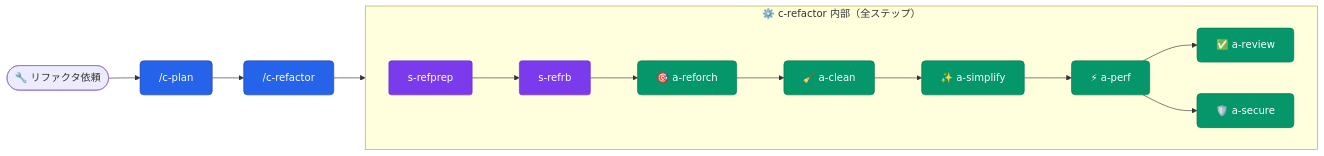
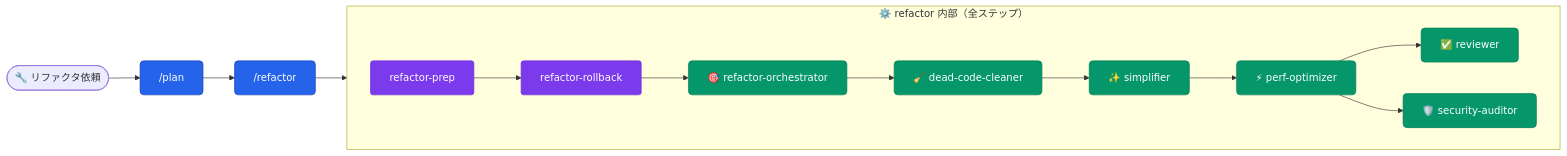
One commit to aokumablue/claq changed the third of 12 diagrams in plugins/deepblue/README.md. Above: the diagram before and after it, drawn with Mermaid. The commit also changed other lines of this file and 125 other files, not shown here.

````diff
--- a/plugins/deepblue/README.md
+++ b/plugins/deepblue/README.md
@@ -91,22 +91,22 @@
 ```mermaid
 flowchart LR
   classDef cmd    fill:#2563eb,stroke:#1e40af,color:#fff,rx:6
   classDef agent  fill:#059669,stroke:#047857,color:#fff,rx:6
   classDef skill  fill:#7c3aed,stroke:#6d28d9,color:#fff,rx:4
 
-  U(["🔧 リファクタ依頼"]) --> CP["/c-plan"]:::cmd
-  CP --> CREF["/c-refactor"]:::cmd
+  U(["🔧 リファクタ依頼"]) --> CP["/plan"]:::cmd
+  CP --> CREF["/refactor"]:::cmd
 
-  subgraph refactor["⚙️ c-refactor 内部（全ステップ）"]
+  subgraph refactor["⚙️ refactor 内部（全ステップ）"]
     direction LR
-    SP["s-refprep"]:::skill --> RB["s-refrb"]:::skill
-    RB --> RO["🎯 a-reforch"]:::agent
-    RO --> AC["🧹 a-clean"]:::agent
-    AC --> ASI["✨ a-simplify"]:::agent
-    ASI --> AP["⚡ a-perf"]:::agent
-    AP --> AR["✅ a-review"]:::agent
-    AP --> AS["🛡️ a-secure"]:::agent
+    SP["refactor-prep"]:::skill --> RB["refactor-rollback"]:::skill
+    RB --> RO["🎯 refactor-orchestrator"]:::agent
+    RO --> AC["🧹 dead-code-cleaner"]:::agent
+    AC --> ASI["✨ simplifier"]:::agent
+    ASI --> AP["⚡ perf-optimizer"]:::agent
+    AP --> AR["✅ reviewer"]:::agent
+    AP --> AS["🛡️ security-auditor"]:::agent
   end
 
   CREF --> refactor
 ```
````
